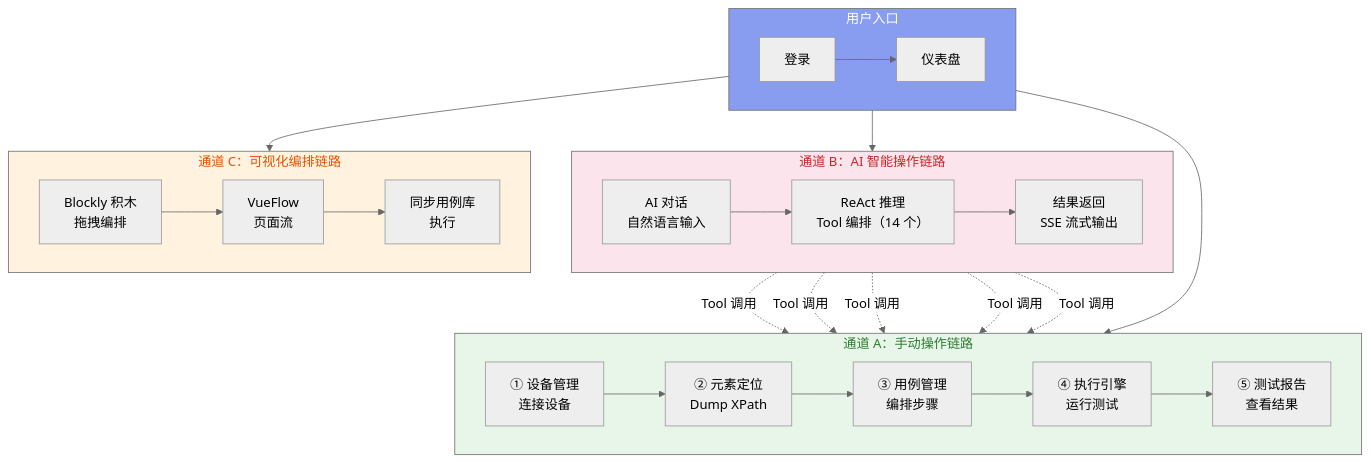
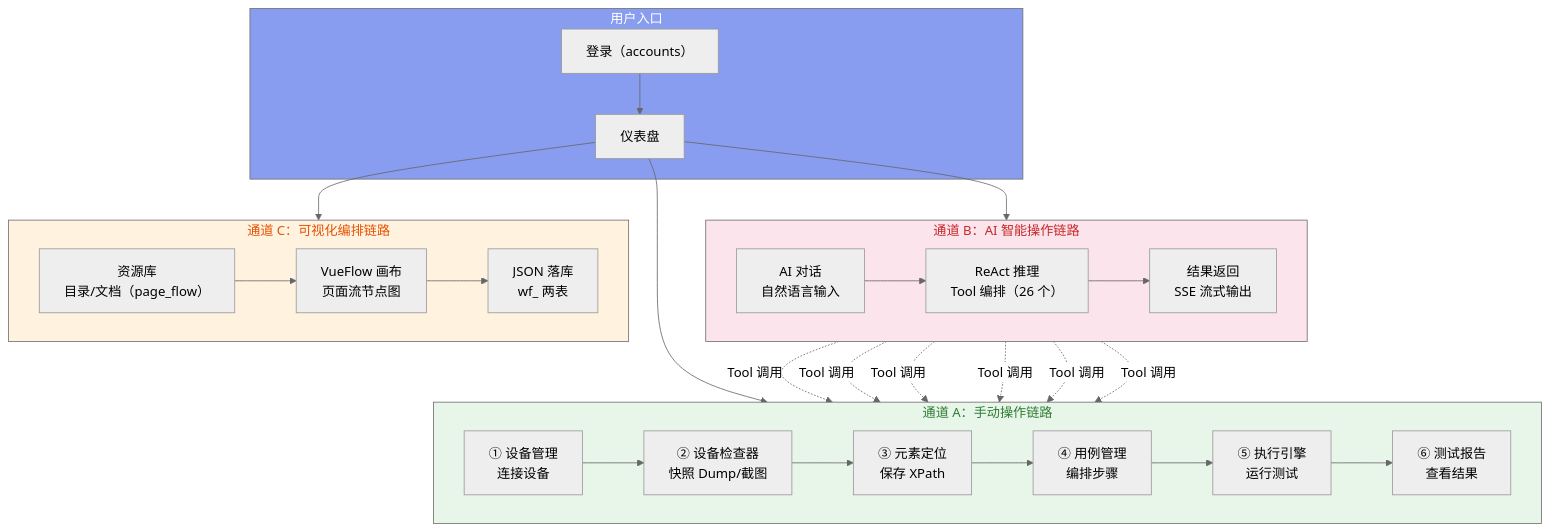
The fourth of 6 diagrams in dev_docs/03-设计与架构/ARCH-00-平台总体架构.md (Kahoku-lazy/Android-AutoTests), drawn with Mermaid (neutral theme) before and after one commit. The commit also changed other lines of this file and 53 other files, not shown here.

````diff
--- a/dev_docs/03-设计与架构/ARCH-00-平台总体架构.md
+++ b/dev_docs/03-设计与架构/ARCH-00-平台总体架构.md
@@ -363,50 +256,51 @@
 ```mermaid
 flowchart TB
     subgraph UserEntry["用户入口"]
-        direction LR
-        Login["登录"]
+        Login["登录（accounts）"]
         Dash["仪表盘"]
     end
 
     subgraph ManualChain["通道 A：手动操作链路"]
         direction LR
         DP_A["① 设备管理<br/>连接设备"]
-        EL_A["② 元素定位<br/>Dump XPath"]
-        CM_A["③ 用例管理<br/>编排步骤"]
-        TR_A["④ 执行引擎<br/>运行测试"]
-        RG_A["⑤ 测试报告<br/>查看结果"]
-        DP_A --> EL_A --> CM_A --> TR_A --> RG_A
+        DI_A["② 设备检查器<br/>快照 Dump/截图"]
+        EL_A["③ 元素定位<br/>保存 XPath"]
+        CM_A["④ 用例管理<br/>编排步骤"]
+        TR_A["⑤ 执行引擎<br/>运行测试"]
+        RG_A["⑥ 测试报告<br/>查看结果"]
+        DP_A --> DI_A --> EL_A --> CM_A --> TR_A --> RG_A
     end
 
     subgraph AIChain["通道 B：AI 智能操作链路"]
         direction LR
         AI_Chat["AI 对话<br/>自然语言输入"]
-        AI_ReAct["ReAct 推理<br/>Tool 编排（14 个）"]
+        AI_ReAct["ReAct 推理<br/>Tool 编排（26 个）"]
         AI_Result["结果返回<br/>SSE 流式输出"]
         AI_Chat --> AI_ReAct --> AI_Result
     end
 
     subgraph WFChain["通道 C：可视化编排链路"]
         direction LR
-        WF_Blockly["Blockly 积木<br/>拖拽编排"]
-        WF_VueFlow["VueFlow<br/>页面流"]
-        WF_Sync["同步用例库<br/>执行"]
-        WF_Blockly --> WF_VueFlow --> WF_Sync
+        WF_Res["资源库<br/>目录/文档（page_flow）"]
+        WF_VueFlow["VueFlow 画布<br/>页面流节点图"]
+        WF_Save["JSON 落库<br/>wf_ 两表"]
+        WF_Res --> WF_VueFlow --> WF_Save
     end
 
     Login --> Dash
     Dash --> ManualChain
     Dash --> AIChain
     Dash --> WFChain
 
     AI_ReAct -.->|"Tool 调用"| DP_A
+    AI_ReAct -.->|"Tool 调用"| DI_A
     AI_ReAct -.->|"Tool 调用"| EL_A
     AI_ReAct -.->|"Tool 调用"| CM_A
     AI_ReAct -.->|"Tool 调用"| TR_A
     AI_ReAct -.->|"Tool 调用"| RG_A
 
     style UserEntry fill:#889df0,color:#fff
     style ManualChain fill:#e8f5e9,color:#2e7d32
     style AIChain fill:#fce4ec,color:#c62828
     style WFChain fill:#fff3e0,color:#e65100
 ```
````
